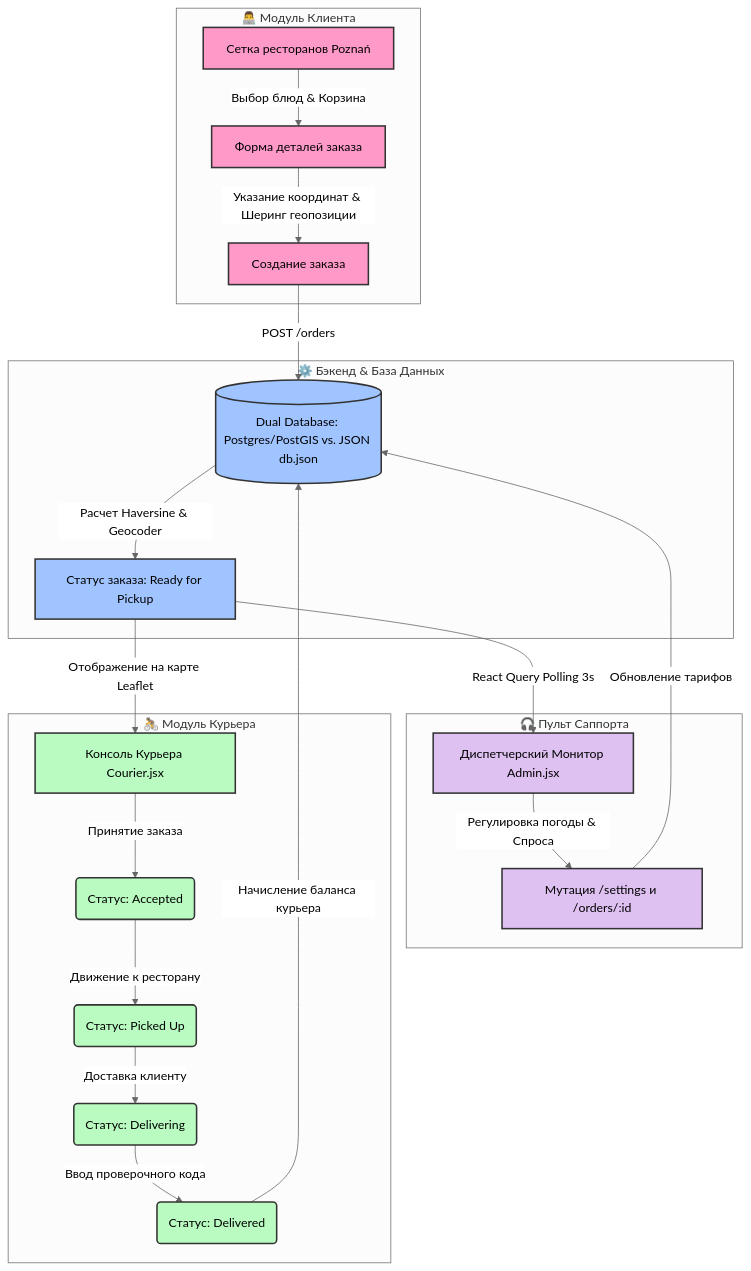
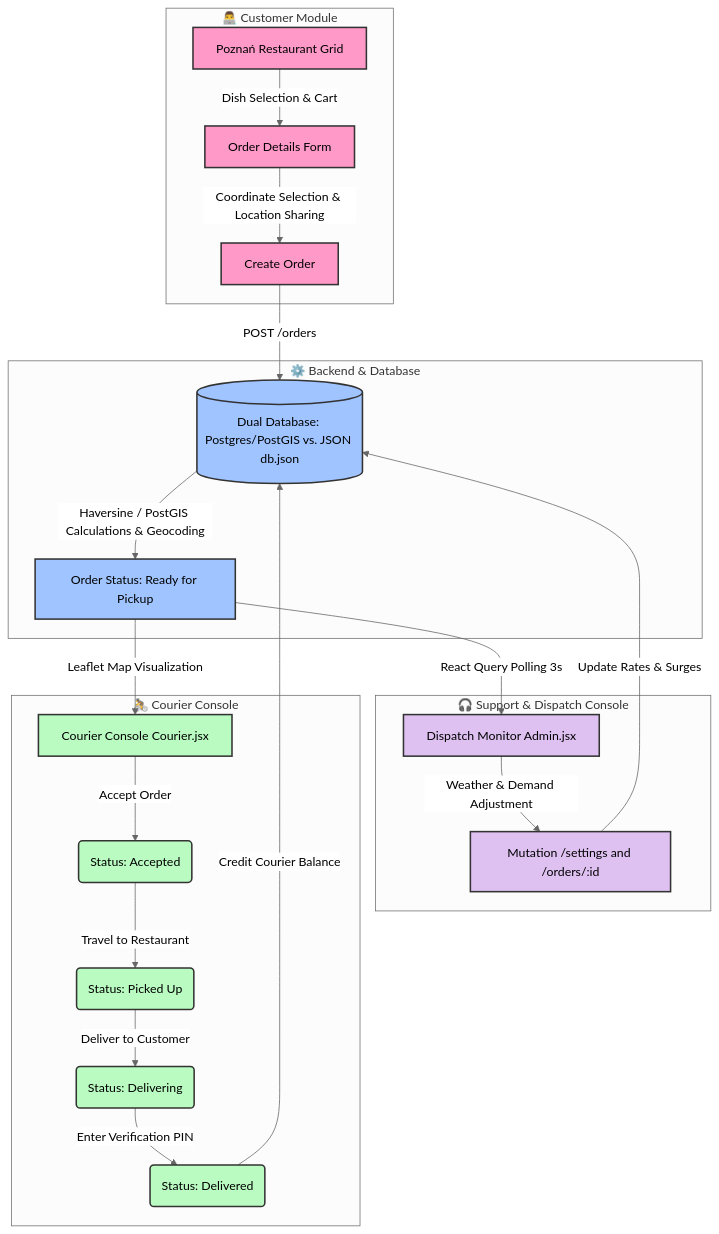
The diagram in README.md (kiselox/DeliveryUniProject), drawn with Mermaid (neutral theme) before and after one commit. The commit also changed other lines of this file and 178 other files, not shown here.

````diff
--- a/README.md
+++ b/README.md
@@ -21,39 +21,39 @@
 ```mermaid
 graph TD
-    %% Стилизация узлов
+    %% Node Styling
     classDef client fill:#ff99c8,stroke:#333,stroke-width:2px;
     classDef support fill:#dec0f1,stroke:#333,stroke-width:2px;
     classDef courier fill:#b9fbc0,stroke:#333,stroke-width:2px;
     classDef db fill:#a0c4ff,stroke:#333,stroke-width:2px;
 
-    subgraph ClientRole [👨‍💻 Модуль Клиента]
-        A[Сетка ресторанов Poznań] -->|Выбор блюд & Корзина| B[Форма деталей заказа]
-        B -->|Указание координат & Шеринг геопозиции| C[Создание заказа]
+    subgraph ClientRole [👨‍💻 Customer Module]
+        A[Poznań Restaurant Grid] -->|Dish Selection & Cart| B[Order Details Form]
+        B -->|Coordinate Selection & Location Sharing| C[Create Order]
     end
 
-    subgraph ServerLayer [⚙️ Бэкенд & База Данных]
+    subgraph ServerLayer [⚙️ Backend & Database]
         C -->|POST /orders| D[(Dual Database: Postgres/PostGIS vs. JSON db.json)]
-        D -->|Расчет Haversine & Geocoder| E[Статус заказа: Ready for Pickup]
+        D -->|Haversine / PostGIS Calculations & Geocoding| E[Order Status: Ready for Pickup]
     end
 
-    subgraph SupportRole [🎧 Пульт Саппорта]
-        E -->|React Query Polling 3s| F[Диспетчерский Монитор Admin.jsx]
-        F -->|Регулировка погоды & Спроса| G[Мутация /settings и /orders/:id]
-        G -->|Обновление тарифов| D
+    subgraph SupportRole [🎧 Support & Dispatch Console]
+        E -->|React Query Polling 3s| F[Dispatch Monitor Admin.jsx]
+        F -->|Weather & Demand Adjustment| G[Mutation /settings and /orders/:id]
+        G -->|Update Rates & Surges| D
     end
 
-    subgraph CourierRole [🚴 Модуль Курьера]
-        E -->|Отображение на карте Leaflet| H[Консоль Курьера Courier.jsx]
-        H -->|Принятие заказа| I(Статус: Accepted)
-        I -->|Движение к ресторану| J(Статус: Picked Up)
-        J -->|Доставка клиенту| K(Статус: Delivering)
-        K -->|Ввод проверочного кода| L(Статус: Delivered)
-        L -->|Начисление баланса курьера| D
+    subgraph CourierRole [🚴 Courier Console]
+        E -->|Leaflet Map Visualization| H[Courier Console Courier.jsx]
+        H -->|Accept Order| I(Status: Accepted)
+        I -->|Travel to Restaurant| J(Status: Picked Up)
+        J -->|Deliver to Customer| K(Status: Delivering)
+        K -->|Enter Verification PIN| L(Status: Delivered)
+        L -->|Credit Courier Balance| D
     end
 
-    %% Назначение стилей
+    %% Apply Styles
     class A,B,C client;
     class D,E db;
     class F,G support;
     class H,I,J,K,L courier;
 ```
````
